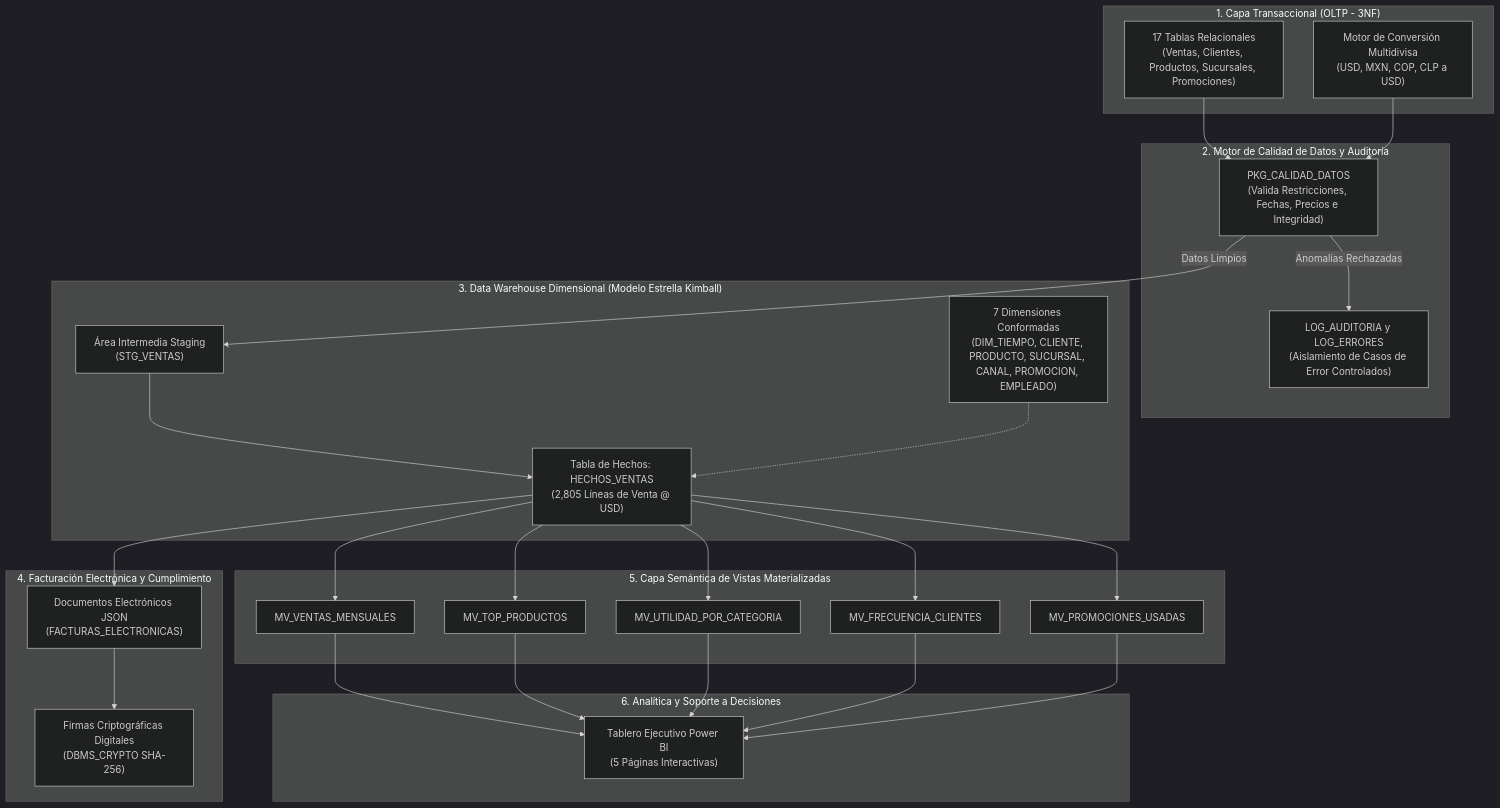
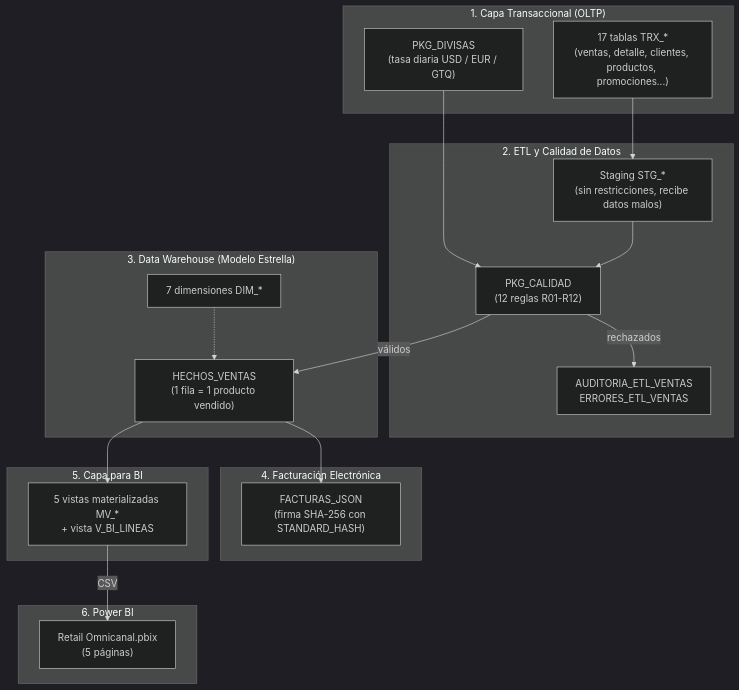
One commit to Miguel20170346/retail-omnichannel-analytics changed the first of 2 diagrams in README.md. Above: the diagram before and after it, drawn with Mermaid (dark theme). The commit also changed other lines of this file and 1 other file, not shown here.

Commit message:
fix: corregir nombre del procedimiento ETL en deploy_all y datos del README segun el codigo real

````diff
--- a/README.md
+++ b/README.md
@@ -18,46 +17,40 @@
 ```mermaid
 flowchart TD
-    subgraph OLTP ["1. Capa Transaccional (OLTP - 3NF)"]
-        O1["17 Tablas Relacionales<br/>(Ventas, Clientes, Productos, Sucursales, Promociones)"]
-        O2["Motor de Conversión Multidivisa<br/>(USD, MXN, COP, CLP a USD)"]
+    subgraph OLTP ["1. Capa Transaccional (OLTP)"]
+        O1["17 tablas TRX_*<br/>(ventas, detalle, clientes, productos, promociones...)"]
+        O2["PKG_DIVISAS<br/>(tasa diaria USD / EUR / GTQ)"]
     end
 
-    subgraph Gobernanza ["2. Motor de Calidad de Datos y Auditoría"]
-        G1["PKG_CALIDAD_DATOS<br/>(Valida Restricciones, Fechas, Precios e Integridad)"]
-        G2["LOG_AUDITORIA y LOG_ERRORES<br/>(Aislamiento de Casos de Error Controlados)"]
+    subgraph ETL ["2. ETL y Calidad de Datos"]
+        S1["Staging STG_*<br/>(sin restricciones, recibe datos malos)"]
+        Q1["PKG_CALIDAD<br/>(12 reglas R01-R12)"]
+        A1["AUDITORIA_ETL_VENTAS<br/>ERRORES_ETL_VENTAS"]
     end
 
-    subgraph DW ["3. Data Warehouse Dimensional (Modelo Estrella Kimball)"]
-        S1["Área Intermedia Staging<br/>(STG_VENTAS)"]
-        F1["Tabla de Hechos: HECHOS_VENTAS<br/>(2,805 Líneas de Venta @ USD)"]
-        D1["7 Dimensiones Conformadas<br/>(DIM_TIEMPO, CLIENTE, PRODUCTO, SUCURSAL, CANAL, PROMOCION, EMPLEADO)"]
+    subgraph DW ["3. Data Warehouse (Modelo Estrella)"]
+        F1["HECHOS_VENTAS<br/>(1 fila = 1 producto vendido)"]
+        D1["7 dimensiones DIM_*"]
     end
 
-    subgraph Facturacion ["4. Facturación Electrónica y Cumplimiento"]
-        J1["Documentos Electrónicos JSON<br/>(FACTURAS_ELECTRONICAS)"]
-        J2["Firmas Criptográficas Digitales<br/>(DBMS_CRYPTO SHA-256)"]
+    subgraph FAC ["4. Facturación Electrónica"]
+        J1["FACTURAS_JSON<br/>(firma SHA-256 con STANDARD_HASH)"]
     end
 
-    subgraph Semantica ["5. Capa Semántica de Vistas Materializadas"]
-        MV1["MV_VENTAS_MENSUALES"]
-        MV2["MV_TOP_PRODUCTOS"]
-        MV3["MV_UTILIDAD_POR_CATEGORIA"]
-        MV4["MV_FRECUENCIA_CLIENTES"]
-        MV5["MV_PROMOCIONES_USADAS"]
+    subgraph SEM ["5. Capa para BI"]
+        MV["5 vistas materializadas MV_*<br/>+ vista V_BI_LINEAS"]
     end
 
-    subgraph BI ["6. Analítica y Soporte a Decisiones"]
-        PBI["Tablero Ejecutivo Power BI<br/>(5 Páginas Interactivas)"]
+    subgraph BI ["6. Power BI"]
+        PBI["Retail Omnicanal.pbix<br/>(5 páginas)"]
     end
 
-    O1 --> G1
-    O2 --> G1
-    G1 -->|Datos Limpios| S1
-    G1 -->|Anomalías Rechazadas| G2
-    S1 --> F1
+    O1 --> S1
+    O2 --> Q1
+    S1 --> Q1
+    Q1 -->|válidos| F1
+    Q1 -->|rechazados| A1
     D1 -.-> F1
     F1 --> J1
-    J1 --> J2
-    F1 --> MV1 & MV2 & MV3 & MV4 & MV5
-    MV1 & MV2 & MV3 & MV4 & MV5 --> PBI
+    F1 --> MV
+    MV -->|CSV| PBI
 ```
````
